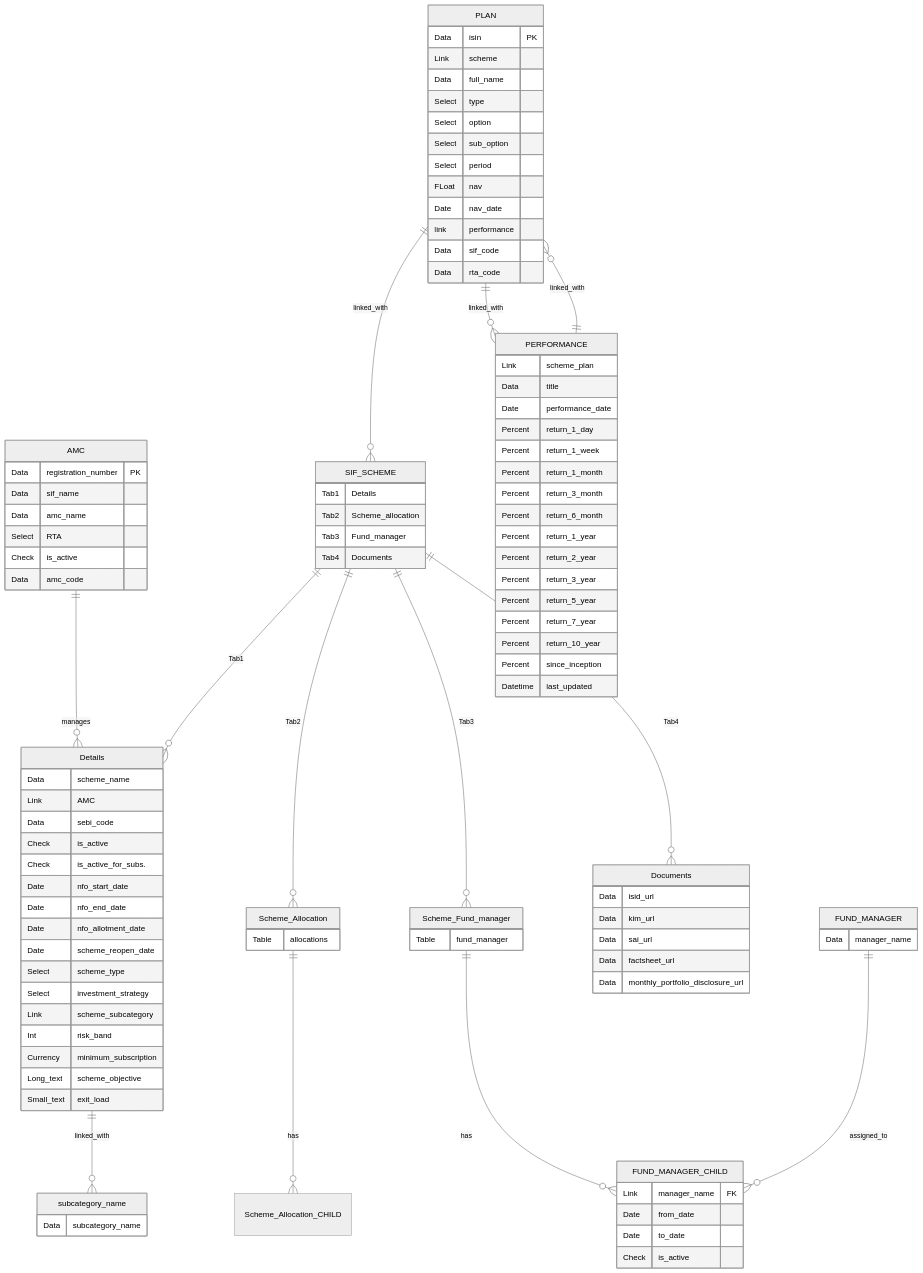
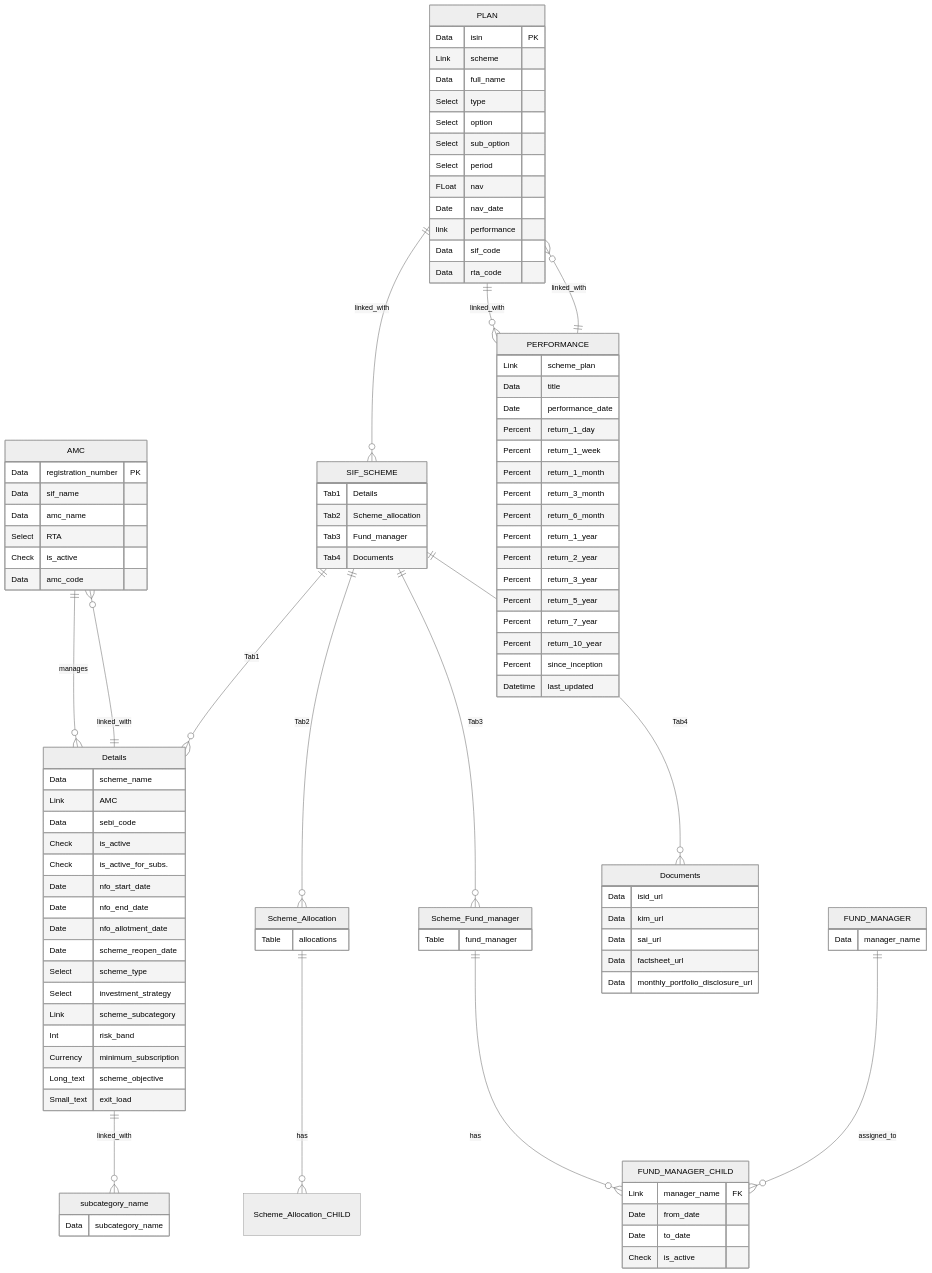
The diagram in sif_app/DOCTYPE architecture ER diagram.md (Satyam4755/My_SIF), drawn with Mermaid (neutral theme) before and after one commit.

Commit message:
Update DOCTYPE architecture ER diagram.md

```diff
--- a/sif_app/DOCTYPE architecture ER diagram.md
+++ b/sif_app/DOCTYPE architecture ER diagram.md
@@ -6,6 +6,7 @@
 
     AMC ||--o{ Details : manages
     
+    Details ||--o{ AMC : linked_with
     Details ||--o{ subcategory_name : linked_with
     PLAN ||--o{ SIF_SCHEME : linked_with
     PLAN ||--o{ PERFORMANCE : linked_with
```
